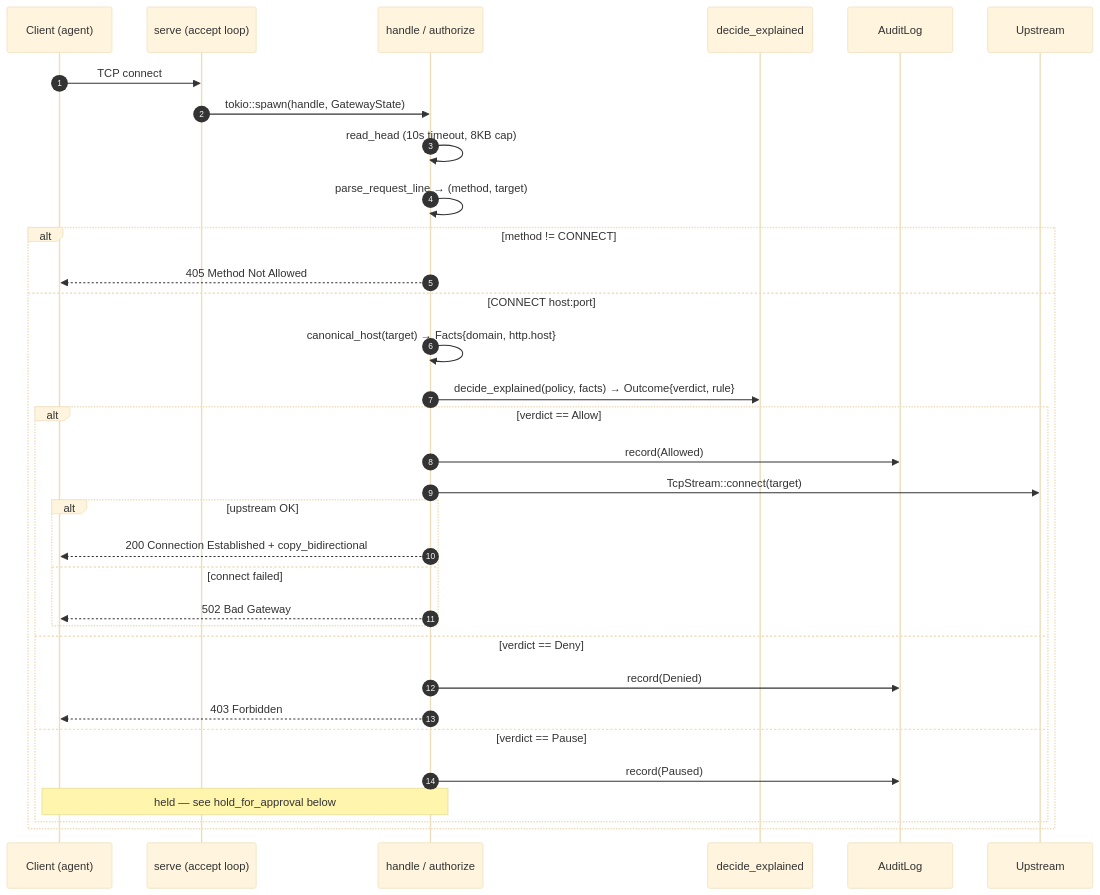
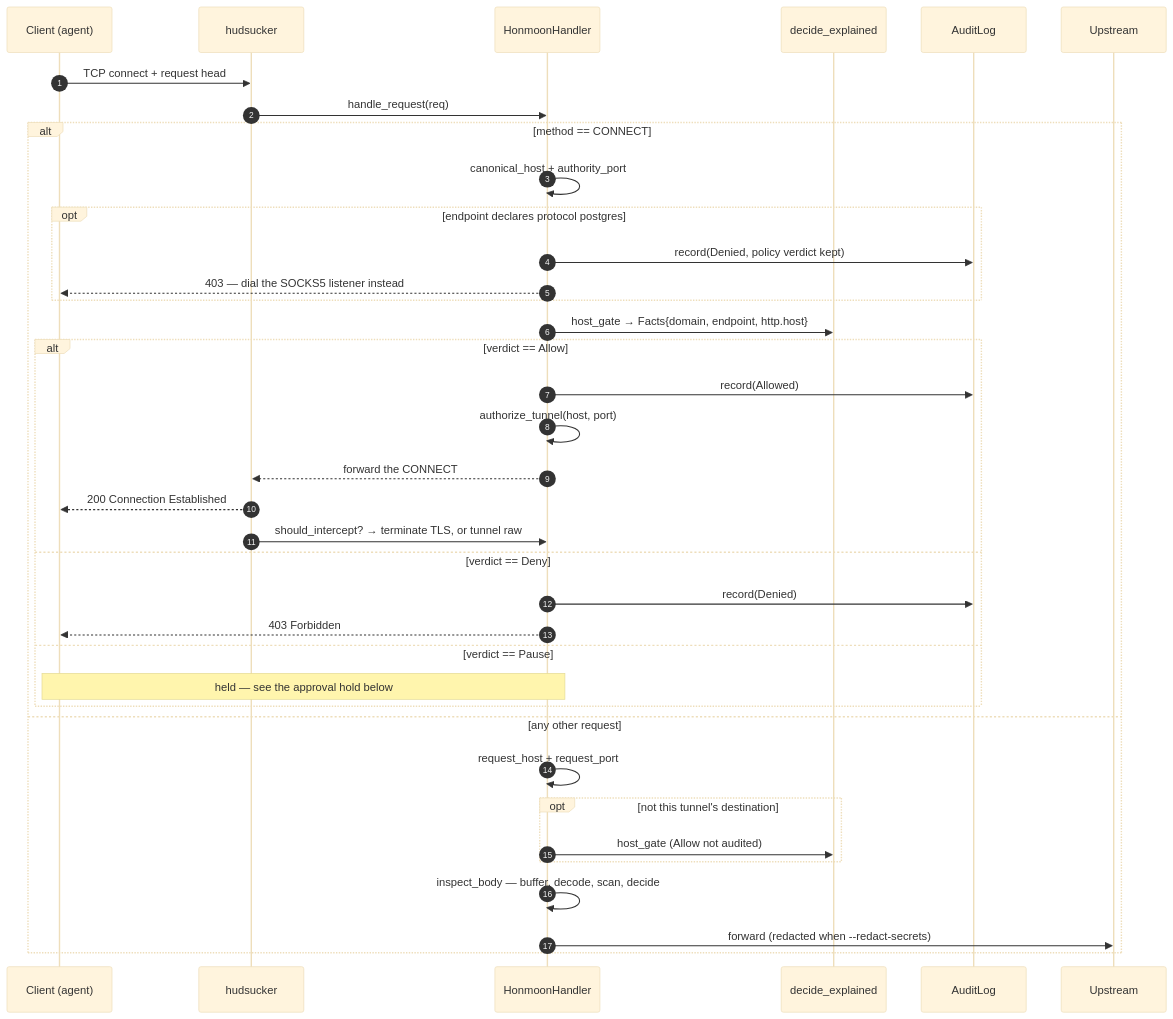
Before and after one commit to pleaseai/honmoon: the first of 3 diagrams in wiki/deep-dive/egress-gateway.md, drawn with Mermaid (base theme). The commit also changed other lines of this file and 2 other files, not shown here.

````diff
--- a/wiki/deep-dive/egress-gateway.md
+++ b/wiki/deep-dive/egress-gateway.md
@@ -52,35 +114,39 @@
 ```mermaid
 sequenceDiagram
   autonumber
   participant C as Client (agent)
-  participant S as serve (accept loop)
-  participant H as handle / authorize
+  participant HS as hudsucker
+  participant H as HonmoonHandler
   participant Core as decide_explained
   participant Audit as AuditLog
   participant U as Upstream
-  C->>S: TCP connect
-  S->>H: tokio::spawn(handle, GatewayState)
-  H->>H: read_head (10s timeout, 8KB cap)
-  H->>H: parse_request_line → (method, target)
-  alt method != CONNECT
-    H-->>C: 405 Method Not Allowed
-  else CONNECT host:port
-    H->>H: canonical_host(target) → Facts{domain, http.host}
-    H->>Core: decide_explained(policy, facts) → Outcome{verdict, rule}
+  C->>HS: TCP connect + request head
+  HS->>H: handle_request(req)
+  alt method == CONNECT
+    H->>H: canonical_host + authority_port
+    opt endpoint declares protocol postgres
+      H->>Audit: record(Denied, policy verdict kept)
+      H-->>C: 403 — dial the SOCKS5 listener instead
+    end
+    H->>Core: host_gate → Facts{domain, endpoint, http.host}
     alt verdict == Allow
       H->>Audit: record(Allowed)
-      H->>U: TcpStream::connect(target)
-      alt upstream OK
-        H-->>C: 200 Connection Established + copy_bidirectional
-      else connect failed
-        H-->>C: 502 Bad Gateway
-      end
+      H->>H: authorize_tunnel(host, port)
+      H-->>HS: forward the CONNECT
+      HS-->>C: 200 Connection Established
+      HS->>H: should_intercept? → terminate TLS, or tunnel raw
     else verdict == Deny
       H->>Audit: record(Denied)
       H-->>C: 403 Forbidden
     else verdict == Pause
-      H->>Audit: record(Paused)
-      Note over H,C: held — see hold_for_approval below
+      Note over H,C: held — see the approval hold below
     end
+  else any other request
+    H->>H: request_host + request_port
+    opt not this tunnel's destination
+      H->>Core: host_gate (Allow not audited)
+    end
+    H->>H: inspect_body — buffer, decode, scan, decide
+    H->>U: forward (redacted when --redact-secrets)
   end
 ```
````
